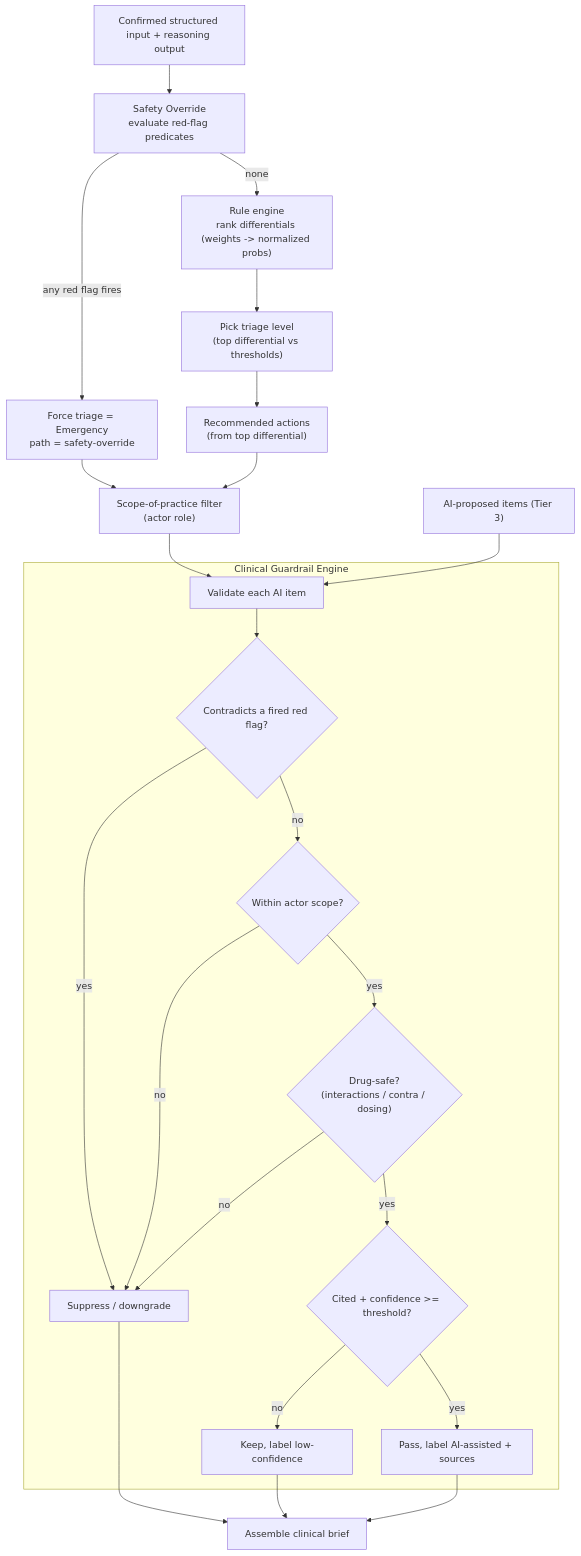
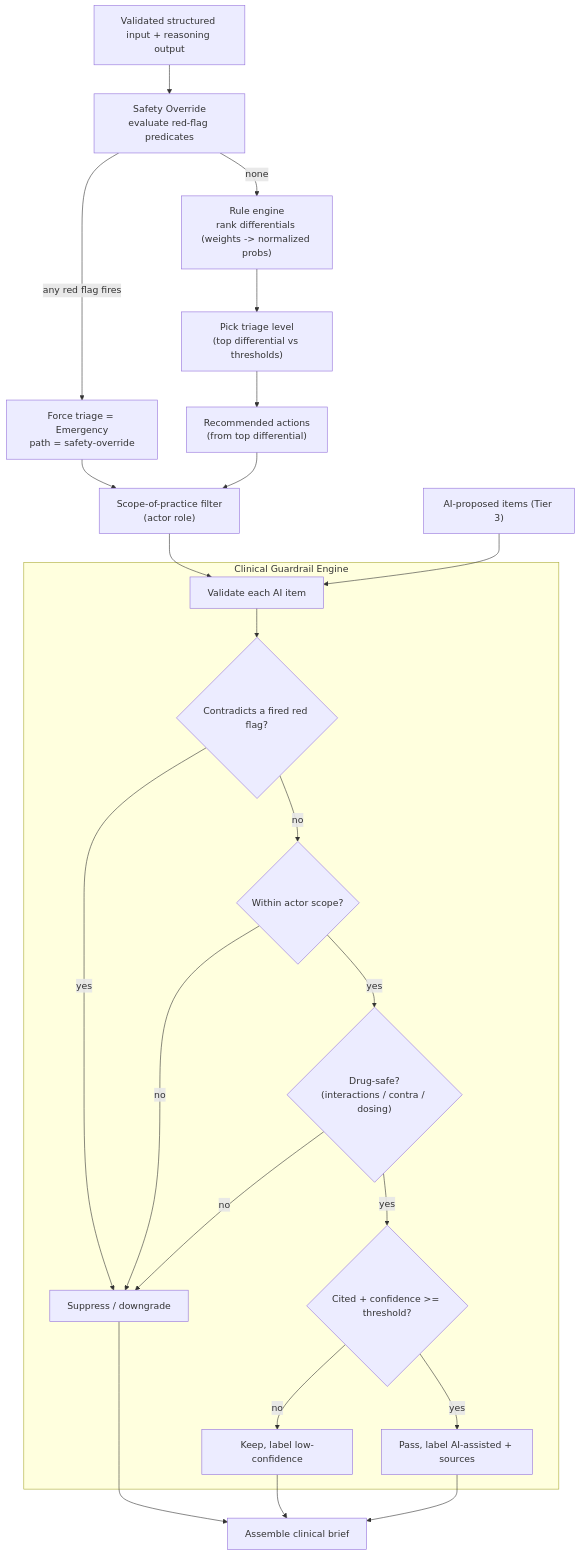
Before and after one commit to CollinDex/awadoc-cdst: the seventh of 12 diagrams in docs/ARCHITECTURE.md, drawn with Mermaid. The commit also changed other lines of this file and 1 other file, not shown here.

````diff
--- a/docs/ARCHITECTURE.md
+++ b/docs/ARCHITECTURE.md
@@ -328,30 +327,30 @@
 ```mermaid
 flowchart TD
-    INPUT["Confirmed structured input + reasoning output"] --> SO["Safety Override<br/>evaluate red-flag predicates"]
+    INPUT["Validated structured input + reasoning output"] --> SO["Safety Override<br/>evaluate red-flag predicates"]
     SO -->|"any red flag fires"| EMERG["Force triage = Emergency<br/>path = safety-override"]
     SO -->|"none"| RANK["Rule engine<br/>rank differentials (weights -> normalized probs)"]
     RANK --> PICK["Pick triage level<br/>(top differential vs thresholds)"]
     PICK --> ACTIONS["Recommended actions<br/>(from top differential)"]
 
     EMERG --> SCOPEF
     ACTIONS --> SCOPEF["Scope-of-practice filter<br/>(actor role)"]
 
     SCOPEF --> GUARDIN
     AIIN["AI-proposed items (Tier 3)"] --> GUARDIN
 
     subgraph GUARD["Clinical Guardrail Engine"]
         GUARDIN["Validate each AI item"] --> C1{"Contradicts a fired red flag?"}
         C1 -->|yes| SUPPRESS["Suppress / downgrade"]
         C1 -->|no| C2{"Within actor scope?"}
         C2 -->|no| SUPPRESS
         C2 -->|yes| C3{"Drug-safe?<br/>(interactions / contra / dosing)"}
         C3 -->|no| SUPPRESS
         C3 -->|yes| C4{"Cited + confidence >= threshold?"}
         C4 -->|no| LABELLOW["Keep, label low-confidence"]
         C4 -->|yes| PASSITEM["Pass, label AI-assisted + sources"]
     end
 
     SUPPRESS --> BRIEF["Assemble clinical brief"]
     LABELLOW --> BRIEF
     PASSITEM --> BRIEF
 ```
````
